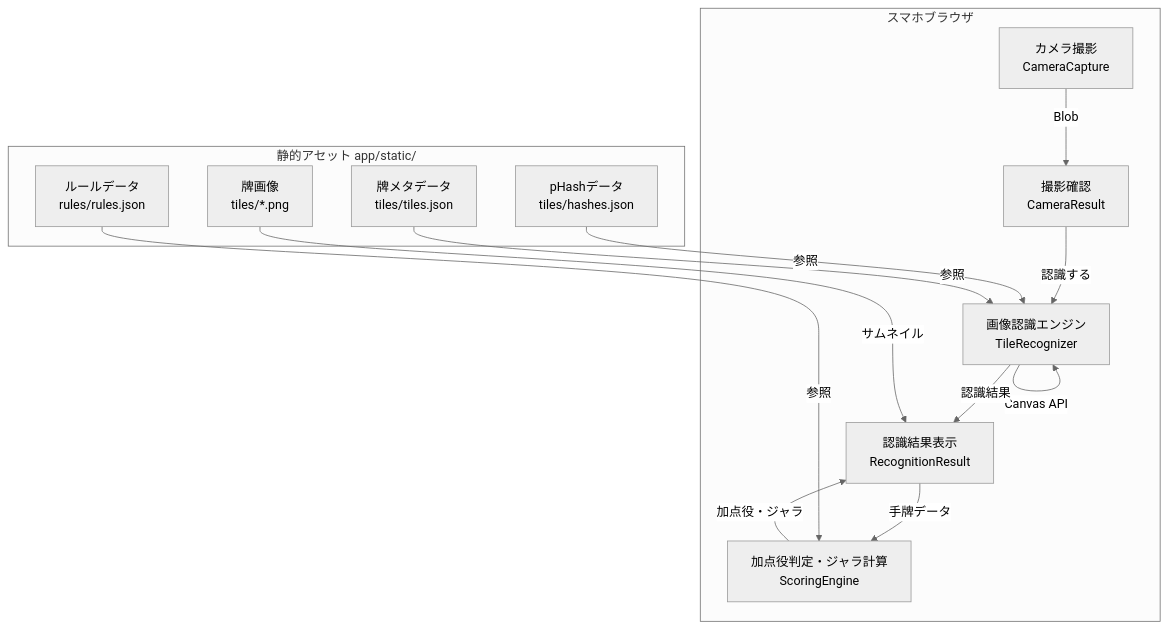
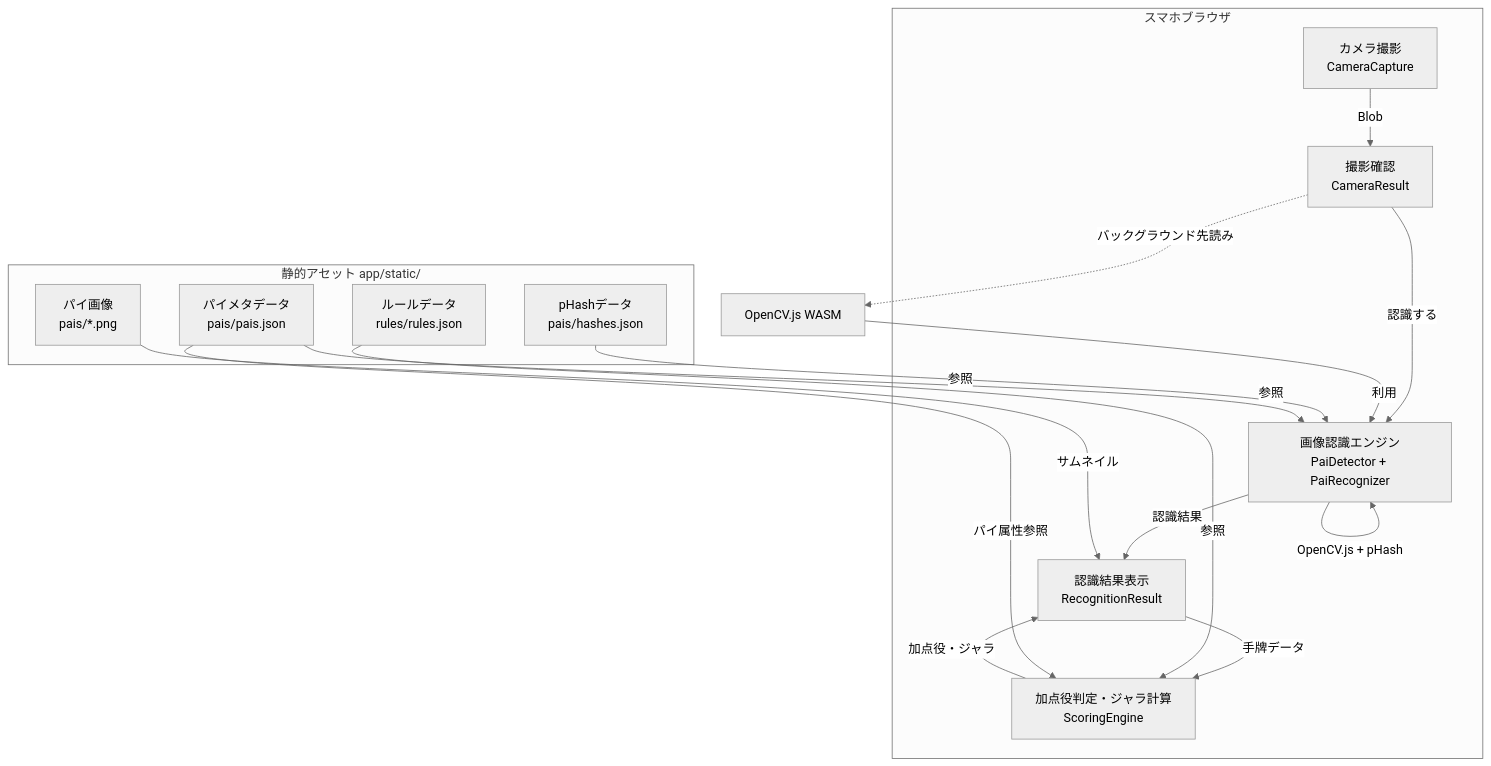
Before and after one commit to shokkunrf/nanjara: the first of 2 diagrams in docs/design/pie-recognition/architecture.md, drawn with Mermaid (neutral theme). The commit also changed other lines of this file and 3 other files, not shown here.

````diff
--- a/docs/design/pie-recognition/architecture.md
+++ b/docs/design/pie-recognition/architecture.md
@@ -81,28 +117,31 @@
 ```mermaid
 graph TB
     subgraph Browser[スマホブラウザ]
         Camera[カメラ撮影<br>CameraCapture]
         Preview[撮影確認<br>CameraResult]
-        Recognizer[画像認識エンジン<br>TileRecognizer]
+        Recognizer[画像認識エンジン<br>PaiDetector + PaiRecognizer]
         Result[認識結果表示<br>RecognitionResult]
         Scorer[加点役判定・ジャラ計算<br>ScoringEngine]
     end
 
     subgraph Static[静的アセット app/static/]
-        TileImages[牌画像<br>tiles/*.png]
-        TileMeta[牌メタデータ<br>tiles/tiles.json]
-        HashData[pHashデータ<br>tiles/hashes.json]
+        PaiImages[パイ画像<br>pais/*.png]
+        PaiMeta[パイメタデータ<br>pais/pais.json]
+        HashData[pHashデータ<br>pais/hashes.json]
         RuleData[ルールデータ<br>rules/rules.json]
     end
 
     Camera -->|Blob| Preview
     Preview -->|"認識する"| Recognizer
-    Recognizer -->|Canvas API| Recognizer
+    Preview -.->|バックグラウンド先読み| OpenCVWasm[OpenCV.js WASM]
+    OpenCVWasm -->|利用| Recognizer
+    Recognizer -->|OpenCV.js + pHash| Recognizer
     HashData -->|参照| Recognizer
-    TileMeta -->|参照| Recognizer
+    PaiMeta -->|参照| Recognizer
     Recognizer -->|認識結果| Result
     Result -->|手牌データ| Scorer
     RuleData -->|参照| Scorer
+    PaiMeta -->|パイ属性参照| Scorer
     Scorer -->|加点役・ジャラ| Result
-    TileImages -->|サムネイル| Result
+    PaiImages -->|サムネイル| Result
 ```
````
